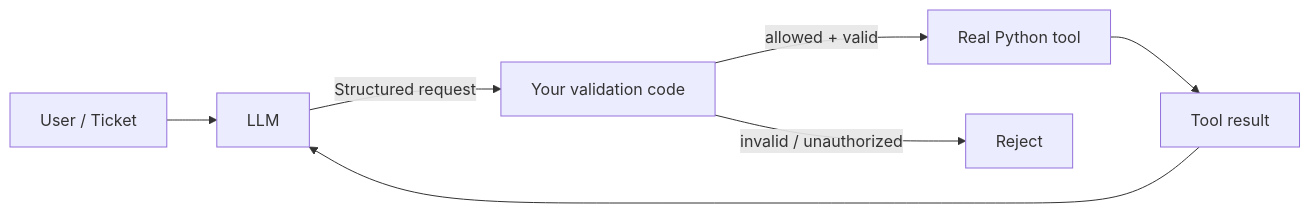
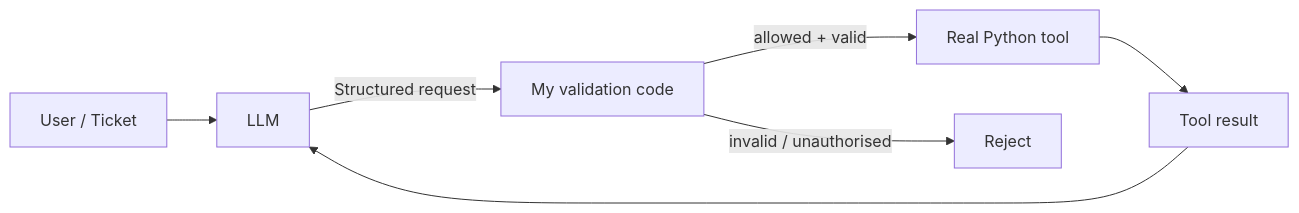
The fifth of 18 diagrams in docs/DAY_04_LEARNINGS.md (Aman-srivastav24/ai-support-triage), drawn with Mermaid before and after one commit. The commit also changed other lines of this file, not shown here.

````diff
--- a/docs/DAY_04_LEARNINGS.md
+++ b/docs/DAY_04_LEARNINGS.md
@@ -198,8 +197,8 @@
 ```mermaid
 flowchart LR
-    U[User / Ticket] --> M[LLM]
-    M -->|Structured request| V[Your validation code]
-    V -->|allowed + valid| T[Real Python tool]
-    V -->|invalid / unauthorized| X[Reject]
-    T --> O[Tool result] --> M
+    U["User / Ticket"] --> M["LLM"]
+    M -->|"Structured request"| V["My validation code"]
+    V -->|"allowed + valid"| T["Real Python tool"]
+    V -->|"invalid / unauthorised"| X["Reject"]
+    T --> O["Tool result"] --> M
 ```
````
